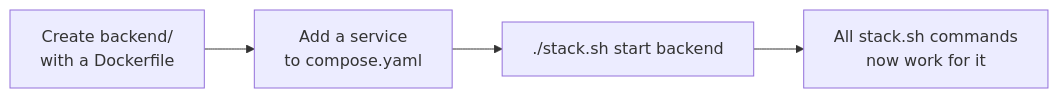
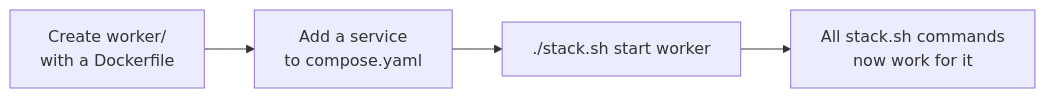
One commit to biruklarebo/veylith changed the fifth of 5 diagrams in docs/containers.md. Above: the diagram before and after it, drawn with Mermaid. The commit also changed other lines of this file and 33 other files, not shown here.

````diff
--- a/docs/containers.md
+++ b/docs/containers.md
@@ -122,9 +125,9 @@
 ```mermaid
 flowchart LR
-    folder["Create backend/<br/>with a Dockerfile"]
+    folder["Create worker/<br/>with a Dockerfile"]
     service["Add a service<br/>to compose.yaml"]
-    start["./stack.sh start backend"]
+    start["./stack.sh start worker"]
     managed["All stack.sh commands<br/>now work for it"]
 
     folder --> service --> start --> managed
 ```
````
